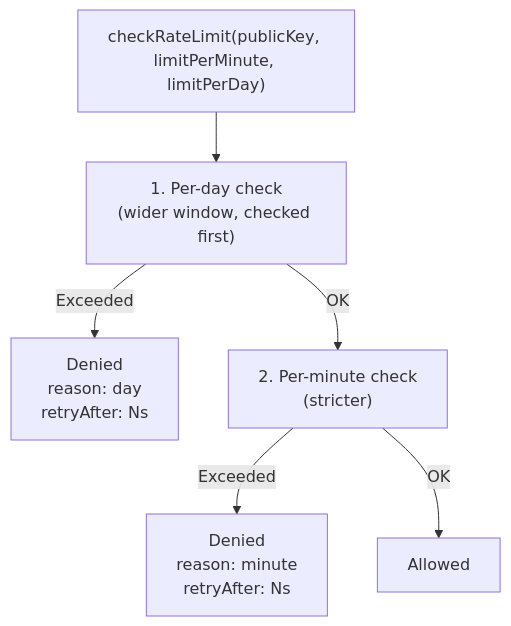
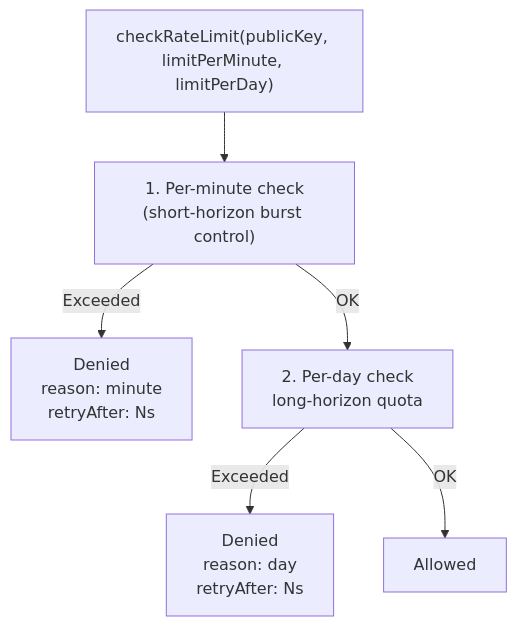
The second of 3 diagrams in apps/docs/content/docs/architecture/redis-schema.mdx (EricTsai83/optstuff), drawn with Mermaid before and after one commit. The commit also changed other lines of this file and 42 other files, not shown here.

First line of the commit message:
Rename allowlist docs and tighten rate-limit unavailability handling

````diff
--- a/apps/docs/content/docs/architecture/redis-schema.mdx
+++ b/apps/docs/content/docs/architecture/redis-schema.mdx
@@ -129,8 +129,8 @@
 ```mermaid title="Rate limit check flow"
 flowchart TD
-  A["checkRateLimit(publicKey, limitPerMinute, limitPerDay)"] --> B["1. Per-day check\n(wider window, checked first)"]
-  B -->|Exceeded| C["Denied\nreason: day\nretryAfter: Ns"]
-  B -->|OK| D["2. Per-minute check\n(stricter)"]
-  D -->|Exceeded| E["Denied\nreason: minute\nretryAfter: Ns"]
+  A["checkRateLimit(publicKey, limitPerMinute, limitPerDay)"] --> B["1. Per-minute check\n(short-horizon burst control)"]
+  B -->|Exceeded| C["Denied\nreason: minute\nretryAfter: Ns"]
+  B -->|OK| D["2. Per-day check\nlong-horizon quota"]
+  D -->|Exceeded| E["Denied\nreason: day\nretryAfter: Ns"]
   D -->|OK| F["Allowed"]
 ```
````
